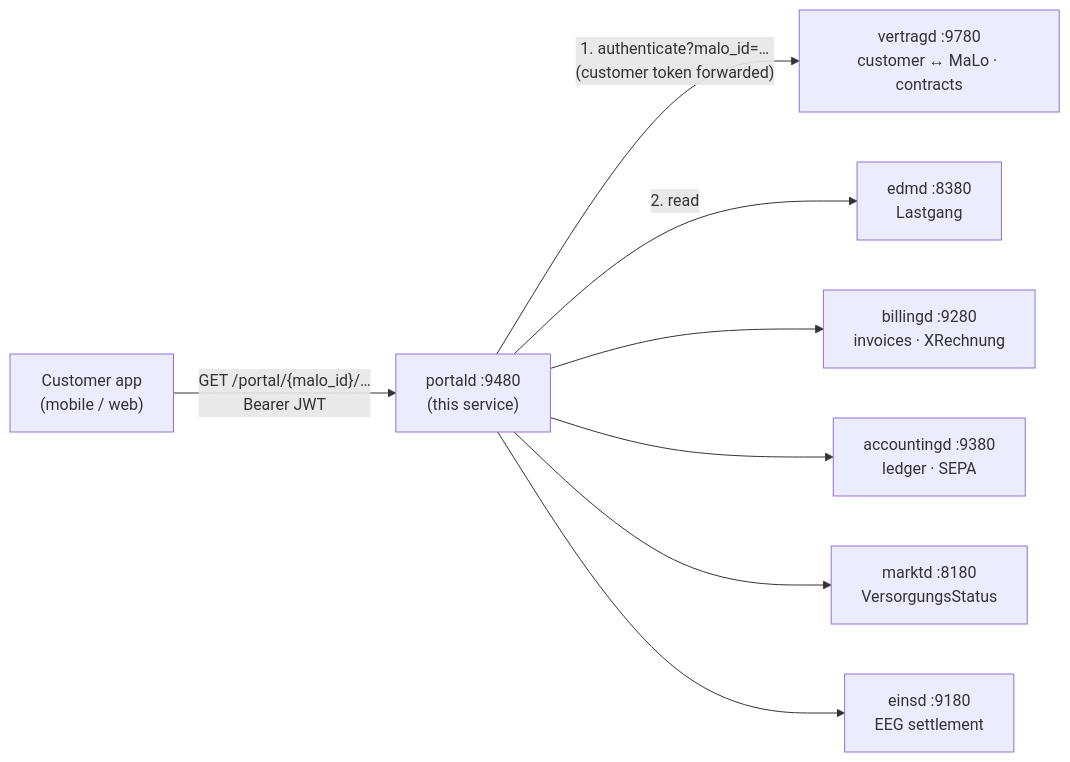
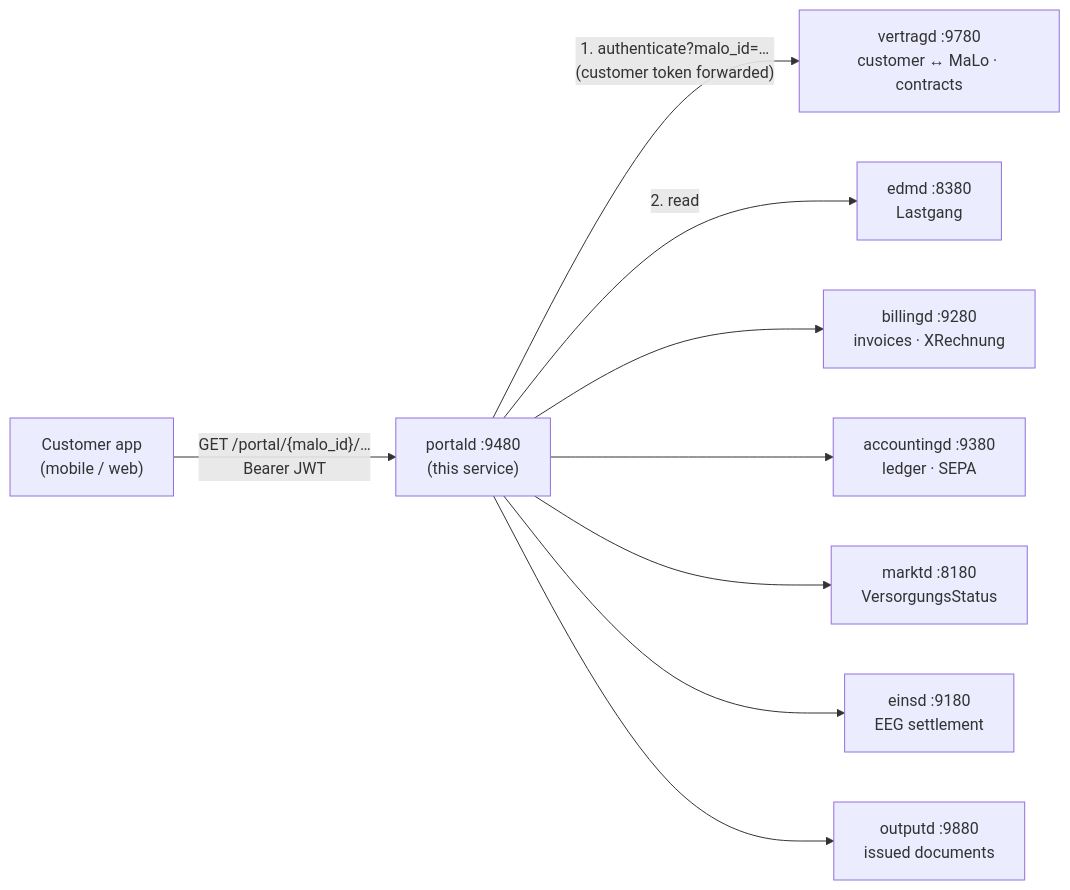
The diagram in site/content/docs/services/portald.md (hupe1980/mako), drawn with Mermaid before and after one commit. The commit also changed other lines of this file and 75 other files, not shown here.

````diff
--- a/site/content/docs/services/portald.md
+++ b/site/content/docs/services/portald.md
@@ -14,20 +14,22 @@
 ```mermaid
 graph LR
     customer["Customer app<br/>(mobile / web)"]
     portald["portald :9480<br/>(this service)"]
     vertragd["vertragd :9780<br/>customer ↔ MaLo · contracts"]
 
     edmd["edmd :8380<br/>Lastgang"]
     billingd["billingd :9280<br/>invoices · XRechnung"]
     accountingd["accountingd :9380<br/>ledger · SEPA"]
     marktd["marktd :8180<br/>VersorgungsStatus"]
     einsd["einsd :9180<br/>EEG settlement"]
+    outputd["outputd :9880<br/>issued documents"]
 
     customer -->|"GET /portal/{malo_id}/…<br/>Bearer JWT"| portald
     portald -->|"1. authenticate?malo_id=…<br/>(customer token forwarded)"| vertragd
     portald -->|"2. read"| edmd
     portald --> billingd
     portald --> accountingd
     portald --> marktd
     portald --> einsd
+    portald --> outputd
 ```
````
